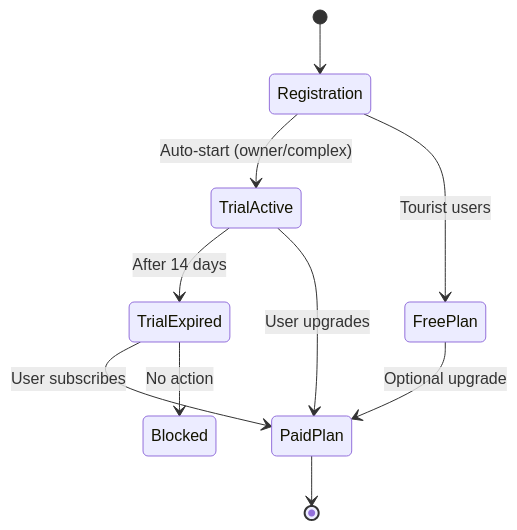
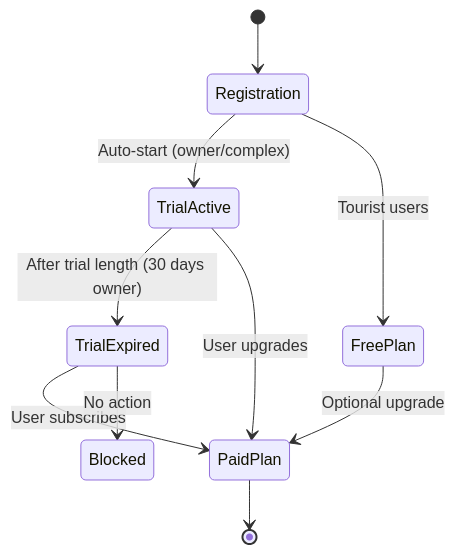
The first of 2 diagrams in apps/api/docs/trial-system.md (qazuor/hospeda), drawn with Mermaid before and after one commit. The commit also changed other lines of this file and 3 other files, not shown here.

First line of the commit message:
docs(billing): correct the owner trial length to 30 days

````diff
--- a/apps/api/docs/trial-system.md
+++ b/apps/api/docs/trial-system.md
@@ -29,12 +29,12 @@
 ```mermaid
 stateDiagram-v2
     [*] --> Registration
     Registration --> TrialActive: Auto-start (owner/complex)
     Registration --> FreePlan: Tourist users
-    TrialActive --> TrialExpired: After 14 days
+    TrialActive --> TrialExpired: After trial length (30 days owner)
     TrialActive --> PaidPlan: User upgrades
     TrialExpired --> PaidPlan: User subscribes
     TrialExpired --> Blocked: No action
     PaidPlan --> [*]
     FreePlan --> PaidPlan: Optional upgrade
 ```
````
